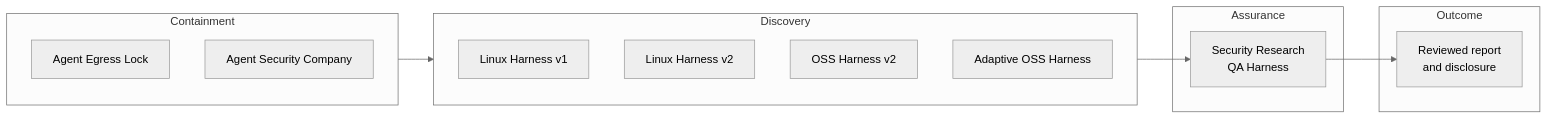
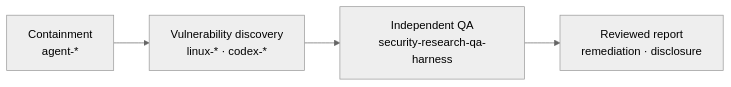
One commit to foxirain/security-research-qa-harness changed the diagram in README.en.md. Above: the diagram before and after it, drawn with Mermaid (neutral theme). The commit also changed other lines of this file and 4 other files, not shown here.

````diff
--- a/README.en.md
+++ b/README.en.md
@@ -25,20 +39,6 @@
 ```mermaid
 flowchart LR
-    subgraph C[Containment]
-      E[Agent Egress Lock]
-      A[Agent Security Company]
-    end
-    subgraph D[Discovery]
-      L1[Linux Harness v1]
-      L2[Linux Harness v2]
-      O2[OSS Harness v2]
-      O3[Adaptive OSS Harness]
-    end
-    subgraph Q[Assurance]
-      H[Security Research<br/>QA Harness]
-    end
-    subgraph O[Outcome]
-      P[Reviewed report<br/>and disclosure]
-    end
-    C --> D --> H --> P
+    C[Containment<br/>agent-*] --> D[Vulnerability discovery<br/>linux-* · codex-*]
+    D --> Q[Independent QA<br/>security-research-qa-harness]
+    Q --> R[Reviewed report<br/>remediation · disclosure]
 ```
````
